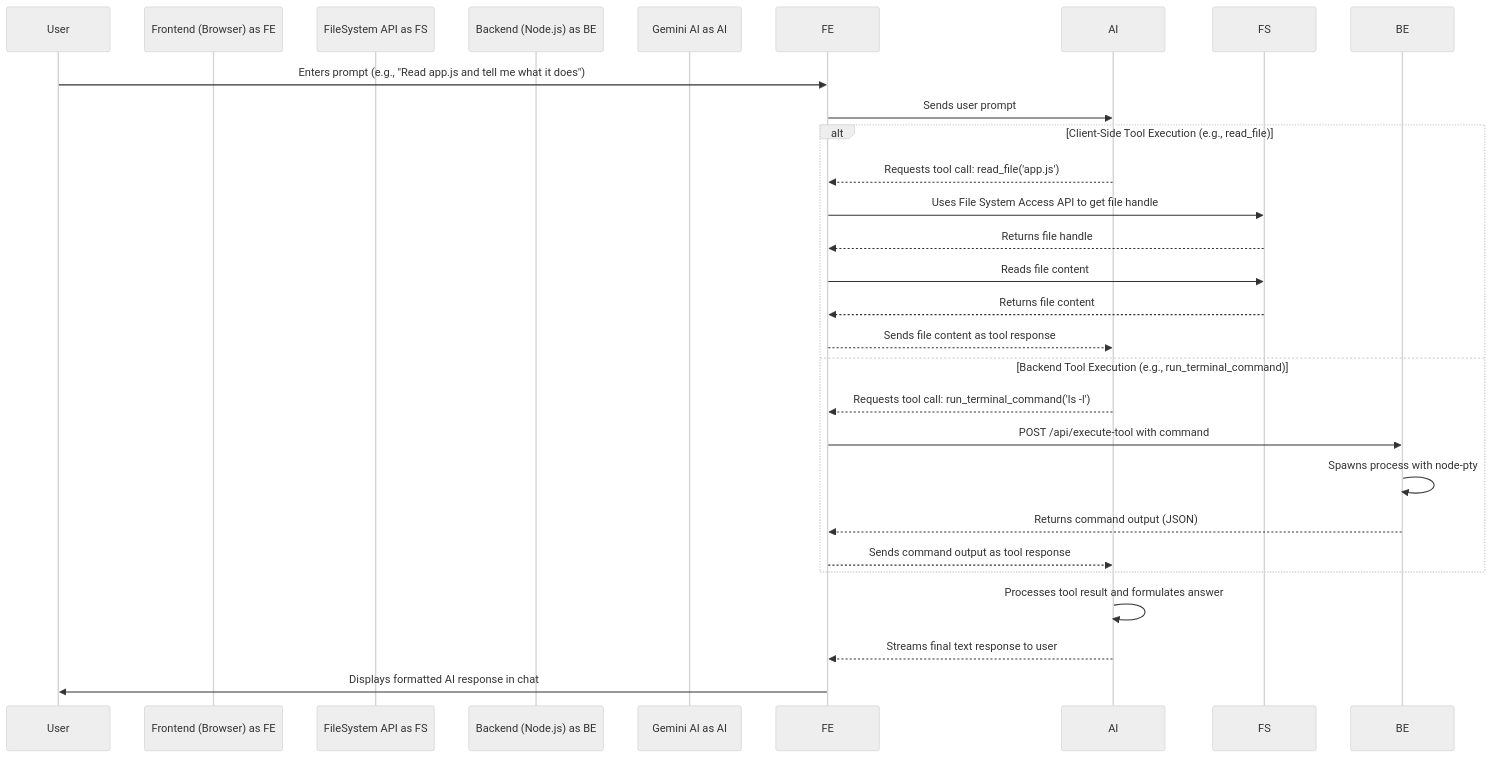
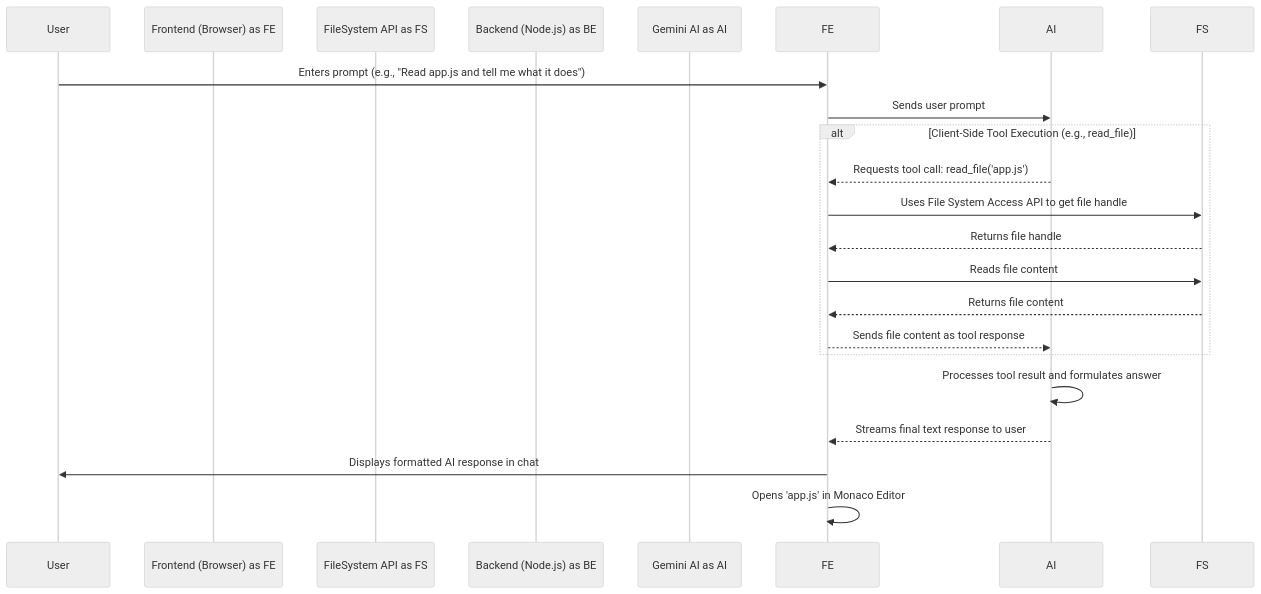
One commit to yapweijun1996/AI-Code-Editor-v13 changed the second of 3 diagrams in docs/ARCHITECTURE.md. Above: the diagram before and after it, drawn with Mermaid (neutral theme). The commit also changed other lines of this file and 1 other file, not shown here.

````diff
--- a/docs/ARCHITECTURE.md
+++ b/docs/ARCHITECTURE.md
@@ -70,30 +70,25 @@
 ```mermaid
 sequenceDiagram
     participant User
     participant Frontend (Browser) as FE
     participant FileSystem API as FS
     participant Backend (Node.js) as BE
     participant Gemini AI as AI
 
     User->>FE: Enters prompt (e.g., "Read app.js and tell me what it does")
     FE->>AI: Sends user prompt
 
     alt Client-Side Tool Execution (e.g., read_file)
         AI-->>FE: Requests tool call: read_file('app.js')
         FE->>FS: Uses File System Access API to get file handle
         FS-->>FE: Returns file handle
         FE->>FS: Reads file content
         FS-->>FE: Returns file content
         FE-->>AI: Sends file content as tool response
-    else Backend Tool Execution (e.g., run_terminal_command)
-        AI-->>FE: Requests tool call: run_terminal_command('ls -l')
-        FE->>BE: POST /api/execute-tool with command
-        BE->>BE: Spawns process with node-pty
-        BE-->>FE: Returns command output (JSON)
-        FE-->>AI: Sends command output as tool response
     end
 
     AI->>AI: Processes tool result and formulates answer
     AI-->>FE: Streams final text response to user
     FE->>User: Displays formatted AI response in chat
+    FE->>FE: Opens 'app.js' in Monaco Editor
 ```
````
